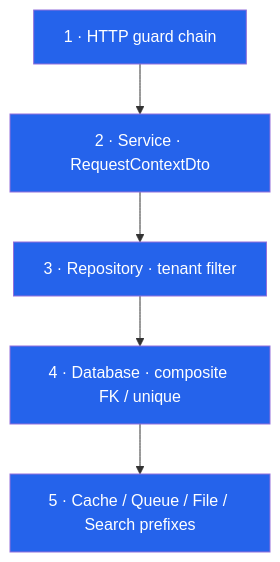
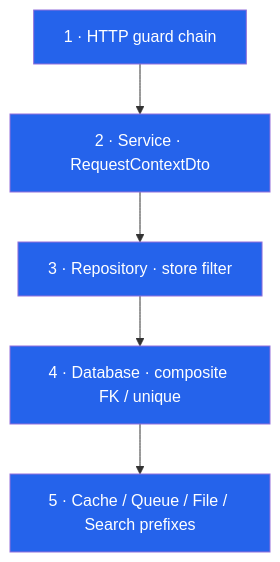
The eighth of 14 diagrams in doc/system-design/erp_master_system_design.md (gowtamkumar/eCommerce-multi-store-saas-erp), drawn with Mermaid before and after one commit. The commit also changed other lines of this file and 764 other files, not shown here.

````diff
--- a/doc/system-design/erp_master_system_design.md
+++ b/doc/system-design/erp_master_system_design.md
@@ -961,8 +961,8 @@
 ```mermaid
 flowchart TB
   L1[1 · HTTP guard chain]:::g --> L2[2 · Service · RequestContextDto]:::g
-  L2 --> L3[3 · Repository · tenant filter]:::g
+  L2 --> L3[3 · Repository · store filter]:::g
   L3 --> L4[4 · Database · composite FK / unique]:::g
   L4 --> L5[5 · Cache / Queue / File / Search prefixes]:::g
   classDef g fill:#2563eb,color:#fff
 ```
````
